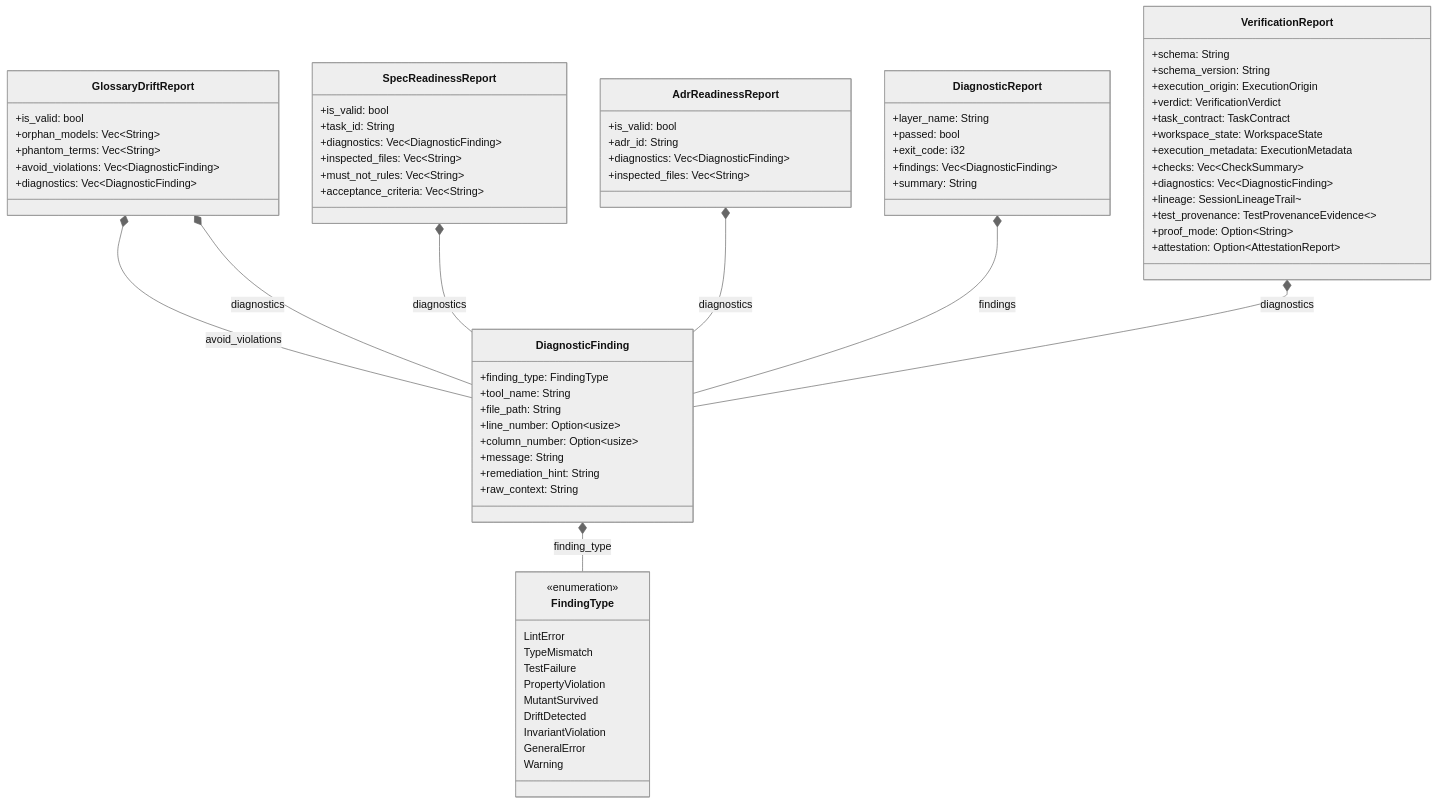
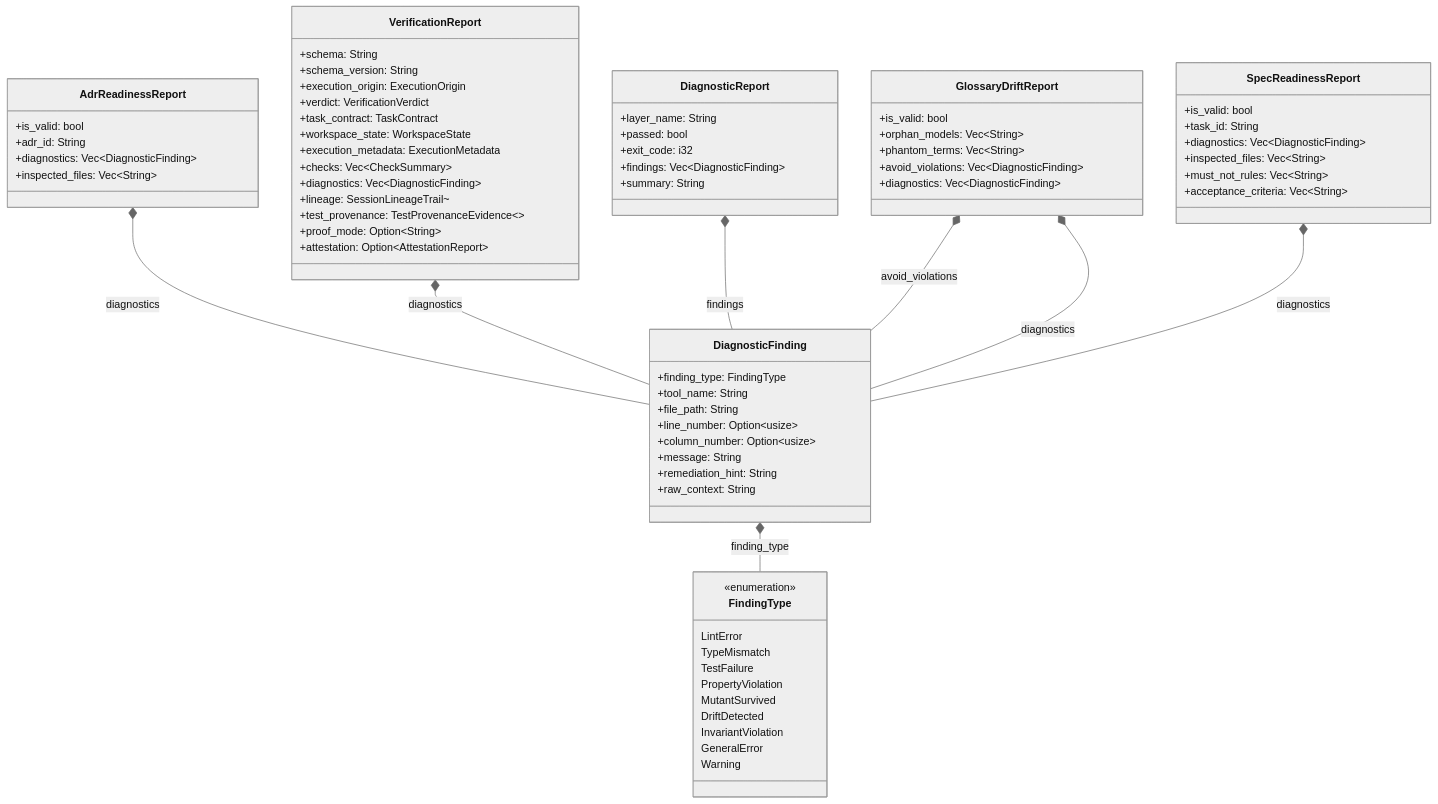
One commit to rolfmadsen/xgauntlet changed the diagram in docs/architecture/diagnostics.md. Above: the diagram before and after it, drawn with Mermaid (neutral theme). The commit also changed other lines of this file and 33 other files, not shown here.

````diff
--- a/docs/architecture/diagnostics.md
+++ b/docs/architecture/diagnostics.md
@@ -84,11 +84,11 @@
         +attestation: Option~AttestationReport~
     }
 
+    AdrReadinessReport *-- DiagnosticFinding : diagnostics
+    DiagnosticFinding *-- FindingType : finding_type
+    VerificationReport *-- DiagnosticFinding : diagnostics
+    DiagnosticReport *-- DiagnosticFinding : findings
     GlossaryDriftReport *-- DiagnosticFinding : avoid_violations
     GlossaryDriftReport *-- DiagnosticFinding : diagnostics
     SpecReadinessReport *-- DiagnosticFinding : diagnostics
-    AdrReadinessReport *-- DiagnosticFinding : diagnostics
-    DiagnosticReport *-- DiagnosticFinding : findings
-    DiagnosticFinding *-- FindingType : finding_type
-    VerificationReport *-- DiagnosticFinding : diagnostics
 ```
````
